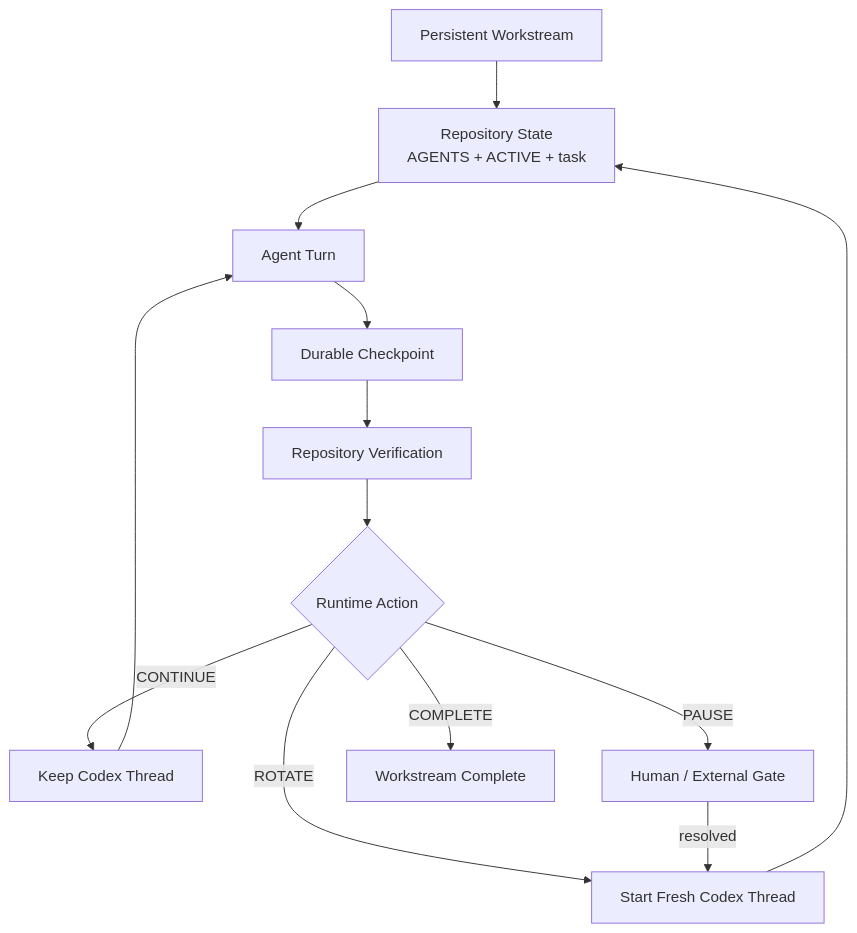
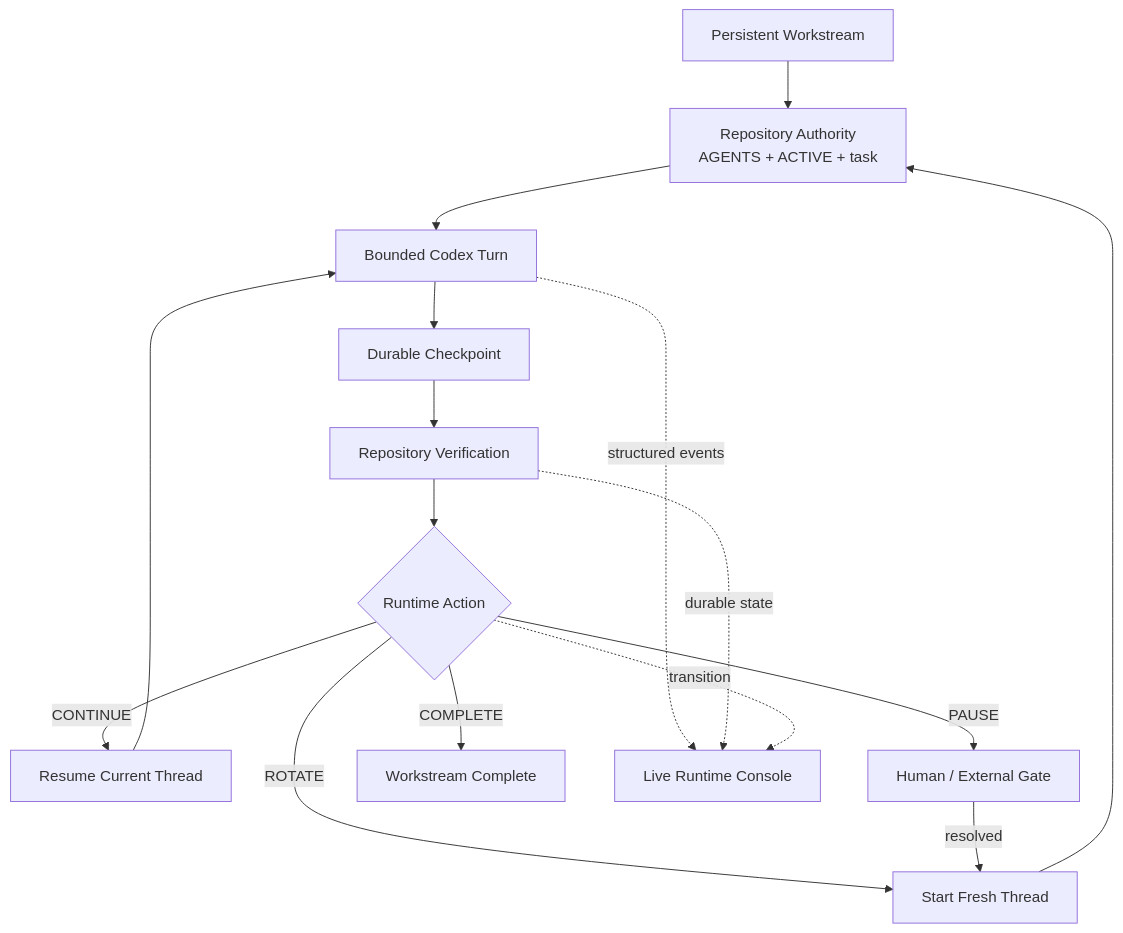
One commit to hanklin9188/repository-state-agent-workflow changed the diagram in README.md. Above: the diagram before and after it, drawn with Mermaid. The commit also changed other lines of this file and 31 other files, not shown here.

Commit message:
feat: add live terminal runtime console

````diff
--- a/README.md
+++ b/README.md
@@ -175,20 +205,24 @@
 ```mermaid
 flowchart TD
     W[Persistent Workstream]
-    S[Repository State\nAGENTS + ACTIVE + task]
-    A[Agent Turn]
+    S[Repository Authority\nAGENTS + ACTIVE + task]
+    A[Bounded Codex Turn]
     C[Durable Checkpoint]
     V[Repository Verification]
     G{Runtime Action}
-    K[Keep Codex Thread]
-    R[Start Fresh Codex Thread]
+    K[Resume Current Thread]
+    R[Start Fresh Thread]
     P[Human / External Gate]
     D[Workstream Complete]
+    U[Live Runtime Console]
 
     W --> S --> A --> C --> V --> G
+    A -. structured events .-> U
+    V -. durable state .-> U
+    G -. transition .-> U
     G -->|CONTINUE| K --> A
     G -->|ROTATE| R --> S
     G -->|PAUSE| P
     P -->|resolved| R
     G -->|COMPLETE| D
 ```
````
